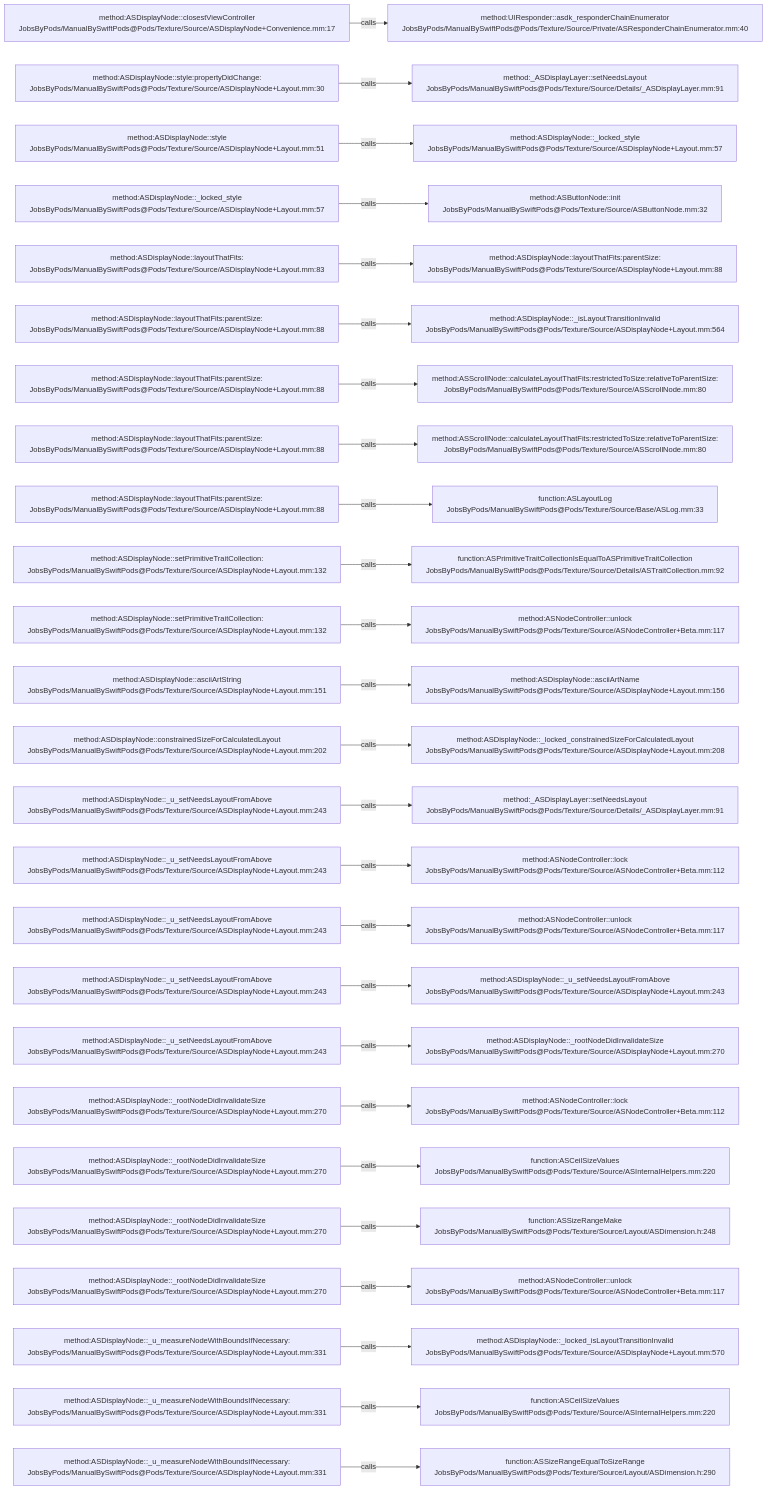
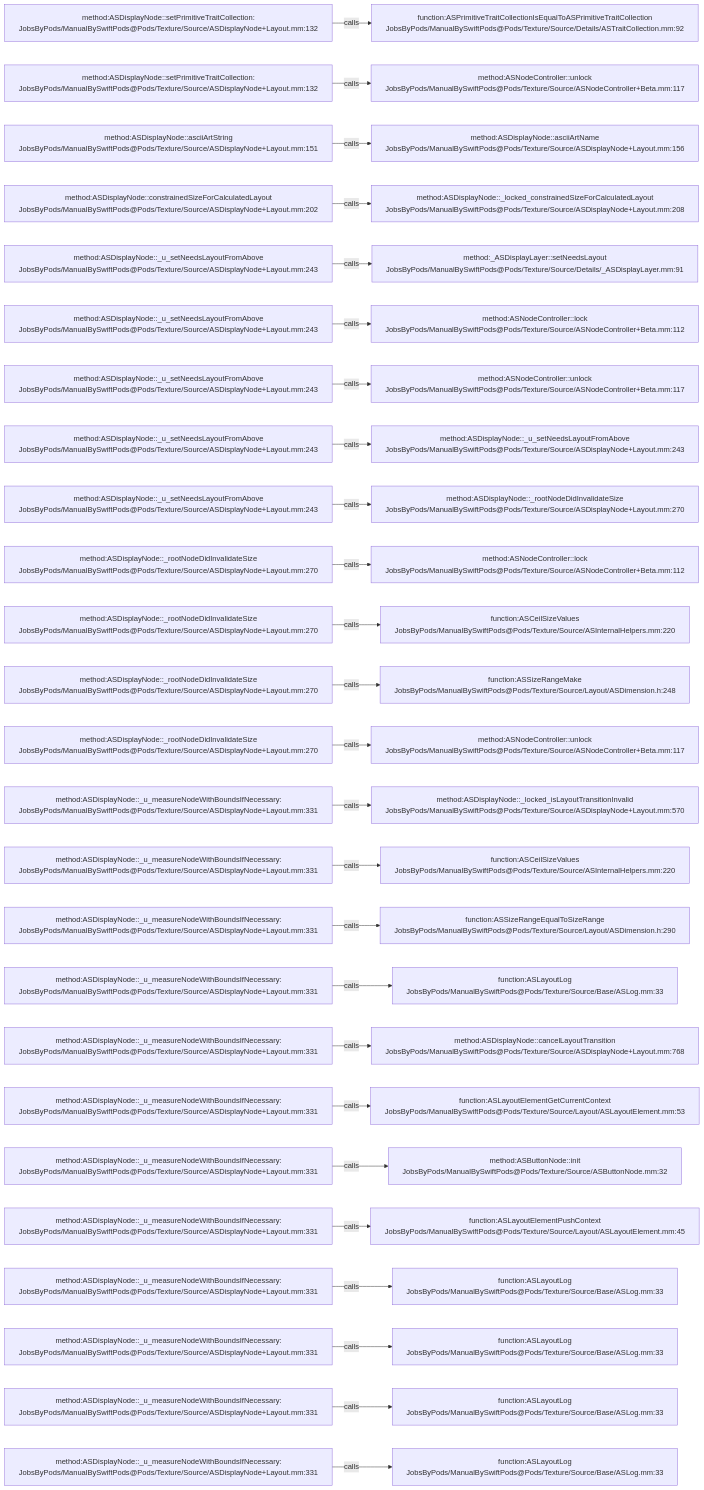
The diagram in .codegraph/codegraph.md/graphs/calls-021.md (JobsKits/JobsSwiftBaseConfigDemo), drawn with Mermaid before and after one commit. The commit also changed 707 other files, not shown here.

````diff
--- a/.codegraph/codegraph.md/graphs/calls-021.md
+++ b/.codegraph/codegraph.md/graphs/calls-021.md
@@ -13,78 +13,78 @@
 ```mermaid
 flowchart LR
-  S1["method:ASDisplayNode::closestViewController<br/>JobsByPods/ManualBySwiftPods@Pods/Texture/Source/ASDisplayNode+Convenience.mm:17"]
-  T1["method:UIResponder::asdk_responderChainEnumerator<br/>JobsByPods/ManualBySwiftPods@Pods/Texture/Source/Private/ASResponderChainEnumerator.mm:40"]
+  S1["method:ASDisplayNode::setPrimitiveTraitCollection:<br/>JobsByPods/ManualBySwiftPods@Pods/Texture/Source/ASDisplayNode+Layout.mm:132"]
+  T1["function:ASPrimitiveTraitCollectionIsEqualToASPrimitiveTraitCollection<br/>JobsByPods/ManualBySwiftPods@Pods/Texture/Source/Details/ASTraitCollection.mm:92"]
   S1 -->|calls| T1
-  S2["method:ASDisplayNode::style:propertyDidChange:<br/>JobsByPods/ManualBySwiftPods@Pods/Texture/Source/ASDisplayNode+Layout.mm:30"]
-  T2["method:_ASDisplayLayer::setNeedsLayout<br/>JobsByPods/ManualBySwiftPods@Pods/Texture/Source/Details/_ASDisplayLayer.mm:91"]
+  S2["method:ASDisplayNode::setPrimitiveTraitCollection:<br/>JobsByPods/ManualBySwiftPods@Pods/Texture/Source/ASDisplayNode+Layout.mm:132"]
+  T2["method:ASNodeController::unlock<br/>JobsByPods/ManualBySwiftPods@Pods/Texture/Source/ASNodeController+Beta.mm:117"]
   S2 -->|calls| T2
-  S3["method:ASDisplayNode::style<br/>JobsByPods/ManualBySwiftPods@Pods/Texture/Source/ASDisplayNode+Layout.mm:51"]
-  T3["method:ASDisplayNode::_locked_style<br/>JobsByPods/ManualBySwiftPods@Pods/Texture/Source/ASDisplayNode+Layout.mm:57"]
+  S3["method:ASDisplayNode::asciiArtString<br/>JobsByPods/ManualBySwiftPods@Pods/Texture/Source/ASDisplayNode+Layout.mm:151"]
+  T3["method:ASDisplayNode::asciiArtName<br/>JobsByPods/ManualBySwiftPods@Pods/Texture/Source/ASDisplayNode+Layout.mm:156"]
   S3 -->|calls| T3
-  S4["method:ASDisplayNode::_locked_style<br/>JobsByPods/ManualBySwiftPods@Pods/Texture/Source/ASDisplayNode+Layout.mm:57"]
-  T4["method:ASButtonNode::init<br/>JobsByPods/ManualBySwiftPods@Pods/Texture/Source/ASButtonNode.mm:32"]
+  S4["method:ASDisplayNode::constrainedSizeForCalculatedLayout<br/>JobsByPods/ManualBySwiftPods@Pods/Texture/Source/ASDisplayNode+Layout.mm:202"]
+  T4["method:ASDisplayNode::_locked_constrainedSizeForCalculatedLayout<br/>JobsByPods/ManualBySwiftPods@Pods/Texture/Source/ASDisplayNode+Layout.mm:208"]
   S4 -->|calls| T4
-  S5["method:ASDisplayNode::layoutThatFits:<br/>JobsByPods/ManualBySwiftPods@Pods/Texture/Source/ASDisplayNode+Layout.mm:83"]
-  T5["method:ASDisplayNode::layoutThatFits:parentSize:<br/>JobsByPods/ManualBySwiftPods@Pods/Texture/Source/ASDisplayNode+Layout.mm:88"]
+  S5["method:ASDisplayNode::_u_setNeedsLayoutFromAbove<br/>JobsByPods/ManualBySwiftPods@Pods/Texture/Source/ASDisplayNode+Layout.mm:243"]
+  T5["method:_ASDisplayLayer::setNeedsLayout<br/>JobsByPods/ManualBySwiftPods@Pods/Texture/Source/Details/_ASDisplayLayer.mm:91"]
   S5 -->|calls| T5
-  S6["method:ASDisplayNode::layoutThatFits:parentSize:<br/>JobsByPods/ManualBySwiftPods@Pods/Texture/Source/ASDisplayNode+Layout.mm:88"]
-  T6["method:ASDisplayNode::_isLayoutTransitionInvalid<br/>JobsByPods/ManualBySwiftPods@Pods/Texture/Source/ASDisplayNode+Layout.mm:564"]
+  S6["method:ASDisplayNode::_u_setNeedsLayoutFromAbove<br/>JobsByPods/ManualBySwiftPods@Pods/Texture/Source/ASDisplayNode+Layout.mm:243"]
+  T6["method:ASNodeController::lock<br/>JobsByPods/ManualBySwiftPods@Pods/Texture/Source/ASNodeController+Beta.mm:112"]
   S6 -->|calls| T6
-  S7["method:ASDisplayNode::layoutThatFits:parentSize:<br/>JobsByPods/ManualBySwiftPods@Pods/Texture/Source/ASDisplayNode+Layout.mm:88"]
-  T7["method:ASScrollNode::calculateLayoutThatFits:restrictedToSize:relativeToParentSize:<br/>JobsByPods/ManualBySwiftPods@Pods/Texture/Source/ASScrollNode.mm:80"]
+  S7["method:ASDisplayNode::_u_setNeedsLayoutFromAbove<br/>JobsByPods/ManualBySwiftPods@Pods/Texture/Source/ASDisplayNode+Layout.mm:243"]
+  T7["method:ASNodeController::unlock<br/>JobsByPods/ManualBySwiftPods@Pods/Texture/Source/ASNodeController+Beta.mm:117"]
   S7 -->|calls| T7
-  S8["method:ASDisplayNode::layoutThatFits:parentSize:<br/>JobsByPods/ManualBySwiftPods@Pods/Texture/Source/ASDisplayNode+Layout.mm:88"]
-  T8["method:ASScrollNode::calculateLayoutThatFits:restrictedToSize:relativeToParentSize:<br/>JobsByPods/ManualBySwiftPods@Pods/Texture/Source/ASScrollNode.mm:80"]
+  S8["method:ASDisplayNode::_u_setNeedsLayoutFromAbove<br/>JobsByPods/ManualBySwiftPods@Pods/Texture/Source/ASDisplayNode+Layout.mm:243"]
+  T8["method:ASDisplayNode::_u_setNeedsLayoutFromAbove<br/>JobsByPods/ManualBySwiftPods@Pods/Texture/Source/ASDisplayNode+Layout.mm:243"]
   S8 -->|calls| T8
-  S9["method:ASDisplayNode::layoutThatFits:parentSize:<br/>JobsByPods/ManualBySwiftPods@Pods/Texture/Source/ASDisplayNode+Layout.mm:88"]
-  T9["function:ASLayoutLog<br/>JobsByPods/ManualBySwiftPods@Pods/Texture/Source/Base/ASLog.mm:33"]
+  S9["method:ASDisplayNode::_u_setNeedsLayoutFromAbove<br/>JobsByPods/ManualBySwiftPods@Pods/Texture/Source/ASDisplayNode+Layout.mm:243"]
+  T9["method:ASDisplayNode::_rootNodeDidInvalidateSize<br/>JobsByPods/ManualBySwiftPods@Pods/Texture/Source/ASDisplayNode+Layout.mm:270"]
   S9 -->|calls| T9
-  S10["method:ASDisplayNode::setPrimitiveTraitCollection:<br/>JobsByPods/ManualBySwiftPods@Pods/Texture/Source/ASDisplayNode+Layout.mm:132"]
-  T10["function:ASPrimitiveTraitCollectionIsEqualToASPrimitiveTraitCollection<br/>JobsByPods/ManualBySwiftPods@Pods/Texture/Source/Details/ASTraitCollection.mm:92"]
+  S10["method:ASDisplayNode::_rootNodeDidInvalidateSize<br/>JobsByPods/ManualBySwiftPods@Pods/Texture/Source/ASDisplayNode+Layout.mm:270"]
+  T10["method:ASNodeController::lock<br/>JobsByPods/ManualBySwiftPods@Pods/Texture/Source/ASNodeController+Beta.mm:112"]
   S10 -->|calls| T10
-  S11["method:ASDisplayNode::setPrimitiveTraitCollection:<br/>JobsByPods/ManualBySwiftPods@Pods/Texture/Source/ASDisplayNode+Layout.mm:132"]
-  T11["method:ASNodeController::unlock<br/>JobsByPods/ManualBySwiftPods@Pods/Texture/Source/ASNodeController+Beta.mm:117"]
+  S11["method:ASDisplayNode::_rootNodeDidInvalidateSize<br/>JobsByPods/ManualBySwiftPods@Pods/Texture/Source/ASDisplayNode+Layout.mm:270"]
+  T11["function:ASCeilSizeValues<br/>JobsByPods/ManualBySwiftPods@Pods/Texture/Source/ASInternalHelpers.mm:220"]
   S11 -->|calls| T11
-  S12["method:ASDisplayNode::asciiArtString<br/>JobsByPods/ManualBySwiftPods@Pods/Texture/Source/ASDisplayNode+Layout.mm:151"]
-  T12["method:ASDisplayNode::asciiArtName<br/>JobsByPods/ManualBySwiftPods@Pods/Texture/Source/ASDisplayNode+Layout.mm:156"]
+  S12["method:ASDisplayNode::_rootNodeDidInvalidateSize<br/>JobsByPods/ManualBySwiftPods@Pods/Texture/Source/ASDisplayNode+Layout.mm:270"]
+  T12["function:ASSizeRangeMake<br/>JobsByPods/ManualBySwiftPods@Pods/Texture/Source/Layout/ASDimension.h:248"]
   S12 -->|calls| T12
-  S13["method:ASDisplayNode::constrainedSizeForCalculatedLayout<br/>JobsByPods/ManualBySwiftPods@Pods/Texture/Source/ASDisplayNode+Layout.mm:202"]
-  T13["method:ASDisplayNode::_locked_constrainedSizeForCalculatedLayout<br/>JobsByPods/ManualBySwiftPods@Pods/Texture/Source/ASDisplayNode+Layout.mm:208"]
+  S13["method:ASDisplayNode::_rootNodeDidInvalidateSize<br/>JobsByPods/ManualBySwiftPods@Pods/Texture/Source/ASDisplayNode+Layout.mm:270"]
+  T13["method:ASNodeController::unlock<br/>JobsByPods/ManualBySwiftPods@Pods/Texture/Source/ASNodeController+Beta.mm:117"]
   S13 -->|calls| T13
-  S14["method:ASDisplayNode::_u_setNeedsLayoutFromAbove<br/>JobsByPods/ManualBySwiftPods@Pods/Texture/Source/ASDisplayNode+Layout.mm:243"]
-  T14["method:_ASDisplayLayer::setNeedsLayout<br/>JobsByPods/ManualBySwiftPods@Pods/Texture/Source/Details/_ASDisplayLayer.mm:91"]
+  S14["method:ASDisplayNode::_u_measureNodeWithBoundsIfNecessary:<br/>JobsByPods/ManualBySwiftPods@Pods/Texture/Source/ASDisplayNode+Layout.mm:331"]
+  T14["method:ASDisplayNode::_locked_isLayoutTransitionInvalid<br/>JobsByPods/ManualBySwiftPods@Pods/Texture/Source/ASDisplayNode+Layout.mm:570"]
   S14 -->|calls| T14
-  S15["method:ASDisplayNode::_u_setNeedsLayoutFromAbove<br/>JobsByPods/ManualBySwiftPods@Pods/Texture/Source/ASDisplayNode+Layout.mm:243"]
-  T15["method:ASNodeController::lock<br/>JobsByPods/ManualBySwiftPods@Pods/Texture/Source/ASNodeController+Beta.mm:112"]
+  S15["method:ASDisplayNode::_u_measureNodeWithBoundsIfNecessary:<br/>JobsByPods/ManualBySwiftPods@Pods/Texture/Source/ASDisplayNode+Layout.mm:331"]
+  T15["function:ASCeilSizeValues<br/>JobsByPods/ManualBySwiftPods@Pods/Texture/Source/ASInternalHelpers.mm:220"]
   S15 -->|calls| T15
-  S16["method:ASDisplayNode::_u_setNeedsLayoutFromAbove<br/>JobsByPods/ManualBySwiftPods@Pods/Texture/Source/ASDisplayNode+Layout.mm:243"]
-  T16["method:ASNodeController::unlock<br/>JobsByPods/ManualBySwiftPods@Pods/Texture/Source/ASNodeController+Beta.mm:117"]
+  S16["method:ASDisplayNode::_u_measureNodeWithBoundsIfNecessary:<br/>JobsByPods/ManualBySwiftPods@Pods/Texture/Source/ASDisplayNode+Layout.mm:331"]
+  T16["function:ASSizeRangeEqualToSizeRange<br/>JobsByPods/ManualBySwiftPods@Pods/Texture/Source/Layout/ASDimension.h:290"]
   S16 -->|calls| T16
-  S17["method:ASDisplayNode::_u_setNeedsLayoutFromAbove<br/>JobsByPods/ManualBySwiftPods@Pods/Texture/Source/ASDisplayNode+Layout.mm:243"]
-  T17["method:ASDisplayNode::_u_setNeedsLayoutFromAbove<br/>JobsByPods/ManualBySwiftPods@Pods/Texture/Source/ASDisplayNode+Layout.mm:243"]
+  S17["method:ASDisplayNode::_u_measureNodeWithBoundsIfNecessary:<br/>JobsByPods/ManualBySwiftPods@Pods/Texture/Source/ASDisplayNode+Layout.mm:331"]
+  T17["function:ASLayoutLog<br/>JobsByPods/ManualBySwiftPods@Pods/Texture/Source/Base/ASLog.mm:33"]
   S17 -->|calls| T17
-  S18["method:ASDisplayNode::_u_setNeedsLayoutFromAbove<br/>JobsByPods/ManualBySwiftPods@Pods/Texture/Source/ASDisplayNode+Layout.mm:243"]
-  T18["method:ASDisplayNode::_rootNodeDidInvalidateSize<br/>JobsByPods/ManualBySwiftPods@Pods/Texture/Source/ASDisplayNode+Layout.mm:270"]
+  S18["method:ASDisplayNode::_u_measureNodeWithBoundsIfNecessary:<br/>JobsByPods/ManualBySwiftPods@Pods/Texture/Source/ASDisplayNode+Layout.mm:331"]
+  T18["method:ASDisplayNode::cancelLayoutTransition<br/>JobsByPods/ManualBySwiftPods@Pods/Texture/Source/ASDisplayNode+Layout.mm:768"]
   S18 -->|calls| T18
-  S19["method:ASDisplayNode::_rootNodeDidInvalidateSize<br/>JobsByPods/ManualBySwiftPods@Pods/Texture/Source/ASDisplayNode+Layout.mm:270"]
-  T19["method:ASNodeController::lock<br/>JobsByPods/ManualBySwiftPods@Pods/Texture/Source/ASNodeController+Beta.mm:112"]
+  S19["method:ASDisplayNode::_u_measureNodeWithBoundsIfNecessary:<br/>JobsByPods/ManualBySwiftPods@Pods/Texture/Source/ASDisplayNode+Layout.mm:331"]
+  T19["function:ASLayoutElementGetCurrentContext<br/>JobsByPods/ManualBySwiftPods@Pods/Texture/Source/Layout/ASLayoutElement.mm:53"]
   S19 -->|calls| T19
-  S20["method:ASDisplayNode::_rootNodeDidInvalidateSize<br/>JobsByPods/ManualBySwiftPods@Pods/Texture/Source/ASDisplayNode+Layout.mm:270"]
-  T20["function:ASCeilSizeValues<br/>JobsByPods/ManualBySwiftPods@Pods/Texture/Source/ASInternalHelpers.mm:220"]
+  S20["method:ASDisplayNode::_u_measureNodeWithBoundsIfNecessary:<br/>JobsByPods/ManualBySwiftPods@Pods/Texture/Source/ASDisplayNode+Layout.mm:331"]
+  T20["method:ASButtonNode::init<br/>JobsByPods/ManualBySwiftPods@Pods/Texture/Source/ASButtonNode.mm:32"]
   S20 -->|calls| T20
-  S21["method:ASDisplayNode::_rootNodeDidInvalidateSize<br/>JobsByPods/ManualBySwiftPods@Pods/Texture/Source/ASDisplayNode+Layout.mm:270"]
-  T21["function:ASSizeRangeMake<br/>JobsByPods/ManualBySwiftPods@Pods/Texture/Source/Layout/ASDimension.h:248"]
+  S21["method:ASDisplayNode::_u_measureNodeWithBoundsIfNecessary:<br/>JobsByPods/ManualBySwiftPods@Pods/Texture/Source/ASDisplayNode+Layout.mm:331"]
+  T21["function:ASLayoutElementPushContext<br/>JobsByPods/ManualBySwiftPods@Pods/Texture/Source/Layout/ASLayoutElement.mm:45"]
   S21 -->|calls| T21
-  S22["method:ASDisplayNode::_rootNodeDidInvalidateSize<br/>JobsByPods/ManualBySwiftPods@Pods/Texture/Source/ASDisplayNode+Layout.mm:270"]
-  T22["method:ASNodeController::unlock<br/>JobsByPods/ManualBySwiftPods@Pods/Texture/Source/ASNodeController+Beta.mm:117"]
+  S22["method:ASDisplayNode::_u_measureNodeWithBoundsIfNecessary:<br/>JobsByPods/ManualBySwiftPods@Pods/Texture/Source/ASDisplayNode+Layout.mm:331"]
+  T22["function:ASLayoutLog<br/>JobsByPods/ManualBySwiftPods@Pods/Texture/Source/Base/ASLog.mm:33"]
   S22 -->|calls| T22
   S23["method:ASDisplayNode::_u_measureNodeWithBoundsIfNecessary:<br/>JobsByPods/ManualBySwiftPods@Pods/Texture/Source/ASDisplayNode+Layout.mm:331"]
-  T23["method:ASDisplayNode::_locked_isLayoutTransitionInvalid<br/>JobsByPods/ManualBySwiftPods@Pods/Texture/Source/ASDisplayNode+Layout.mm:570"]
+  T23["function:ASLayoutLog<br/>JobsByPods/ManualBySwiftPods@Pods/Texture/Source/Base/ASLog.mm:33"]
   S23 -->|calls| T23
   S24["method:ASDisplayNode::_u_measureNodeWithBoundsIfNecessary:<br/>JobsByPods/ManualBySwiftPods@Pods/Texture/Source/ASDisplayNode+Layout.mm:331"]
-  T24["function:ASCeilSizeValues<br/>JobsByPods/ManualBySwiftPods@Pods/Texture/Source/ASInternalHelpers.mm:220"]
+  T24["function:ASLayoutLog<br/>JobsByPods/ManualBySwiftPods@Pods/Texture/Source/Base/ASLog.mm:33"]
   S24 -->|calls| T24
   S25["method:ASDisplayNode::_u_measureNodeWithBoundsIfNecessary:<br/>JobsByPods/ManualBySwiftPods@Pods/Texture/Source/ASDisplayNode+Layout.mm:331"]
-  T25["function:ASSizeRangeEqualToSizeRange<br/>JobsByPods/ManualBySwiftPods@Pods/Texture/Source/Layout/ASDimension.h:290"]
+  T25["function:ASLayoutLog<br/>JobsByPods/ManualBySwiftPods@Pods/Texture/Source/Base/ASLog.mm:33"]
   S25 -->|calls| T25
 ```
````
